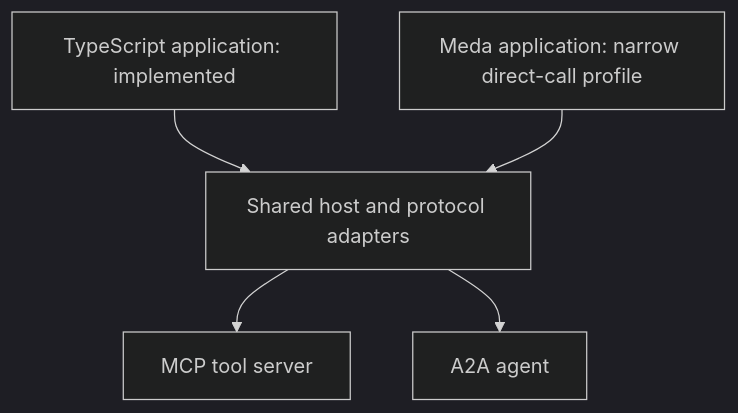
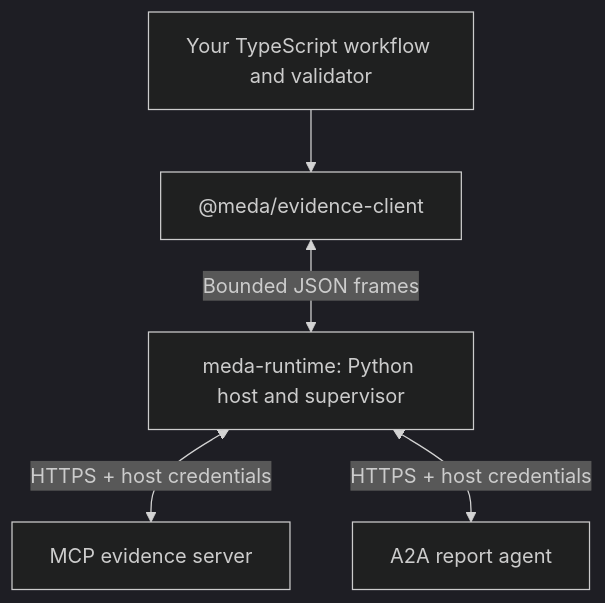
One commit to meda-lang/meda changed the diagram in README.md. Above: the diagram before and after it, drawn with Mermaid (dark theme). The commit also changed other lines of this file and 52 other files, not shown here.

Commit message:
Extract reusable runtime packages and verify an installed TypeScript application

````diff
--- a/README.md
+++ b/README.md
@@ -88,7 +37,7 @@
 ```mermaid
 flowchart TD
-  TS["TypeScript application: implemented"] --> Host["Shared host and protocol adapters"]
-  Meda["Meda application: narrow direct-call profile"] --> Host
-  Host --> MCP["MCP tool server"]
-  Host --> A2A["A2A agent"]
+  App["Your TypeScript workflow and validator"] --> Client["@meda/evidence-client"]
+  Client <-->|"Bounded JSON frames"| Runtime["meda-runtime: Python host and supervisor"]
+  Runtime <-->|"HTTPS + host credentials"| MCP["MCP evidence server"]
+  Runtime <-->|"HTTPS + host credentials"| A2A["A2A report agent"]
 ```
````
